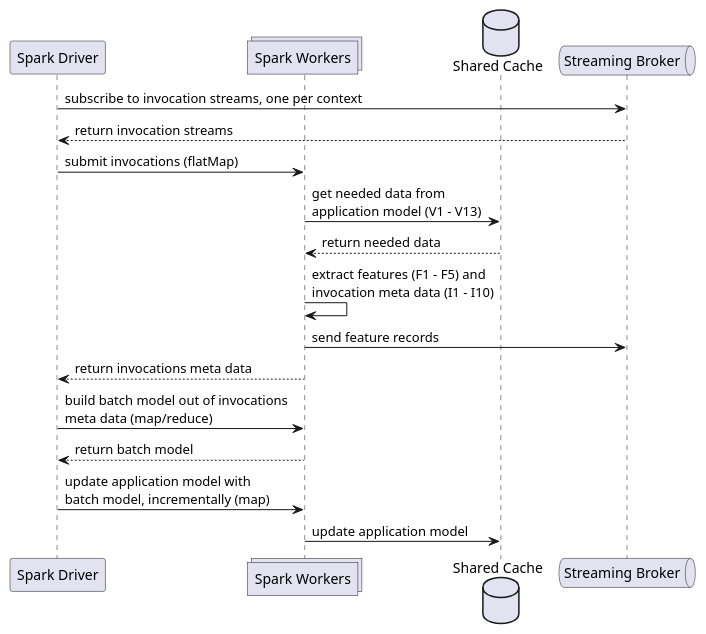
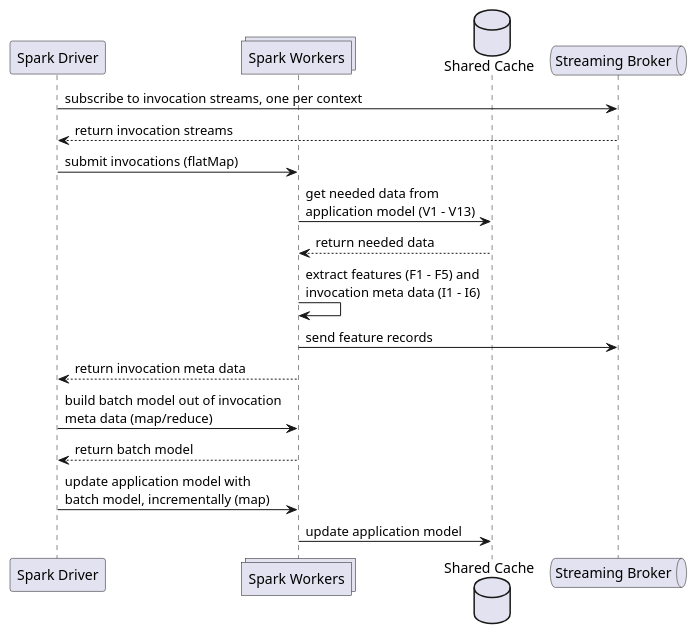
The diagram in microservices/monitor/design/sequence-diagram.wsd (oiraqi/immunizer), drawn with PlantUML before and after one commit. The commit also changed 2 other files, not shown here.

```diff
--- a/microservices/monitor/design/sequence-diagram.wsd
+++ b/microservices/monitor/design/sequence-diagram.wsd
@@ -1,18 +1,18 @@
 @startuml SequenceDiagram
 participant "Spark Driver" as Master
 collections "Spark Workers" as Workers
 database "Shared Cache" as Cache
 queue "Streaming Broker" as Broker
 Master -> Broker : subscribe to invocation streams, one per context
 Broker --> Master : return invocation streams
 Master -> Workers : submit invocations (flatMap)
 Workers -> Cache : get needed data from\napplication model (V1 - V13)
 Cache --> Workers : return needed data
-Workers -> Workers : extract features (F1 - F5) and\ninvocation meta data (I1 - I10)
+Workers -> Workers : extract features (F1 - F5) and\ninvocation meta data (I1 - I6)
 Workers -> Broker : send feature records
-Workers --> Master : return invocations meta data
-Master -> Workers : build batch model out of invocations\nmeta data (map/reduce)
+Workers --> Master : return invocation meta data
+Master -> Workers : build batch model out of invocation\nmeta data (map/reduce)
 Workers --> Master : return batch model
 Master -> Workers : update application model with\nbatch model, incrementally (map)
 Workers -> Cache : update application model
 @enduml
```
